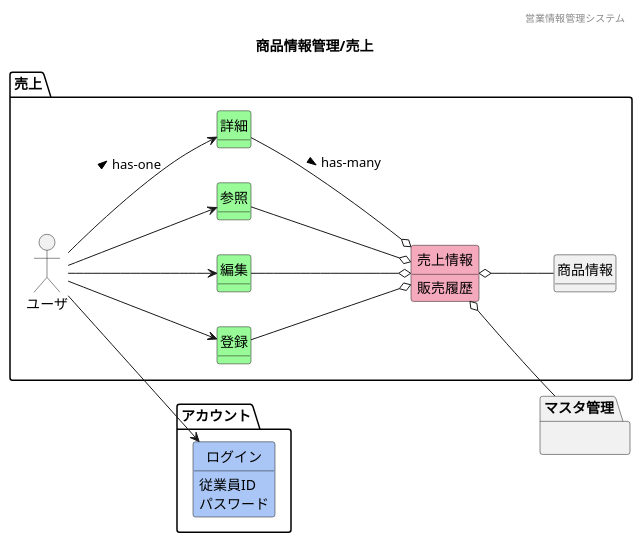
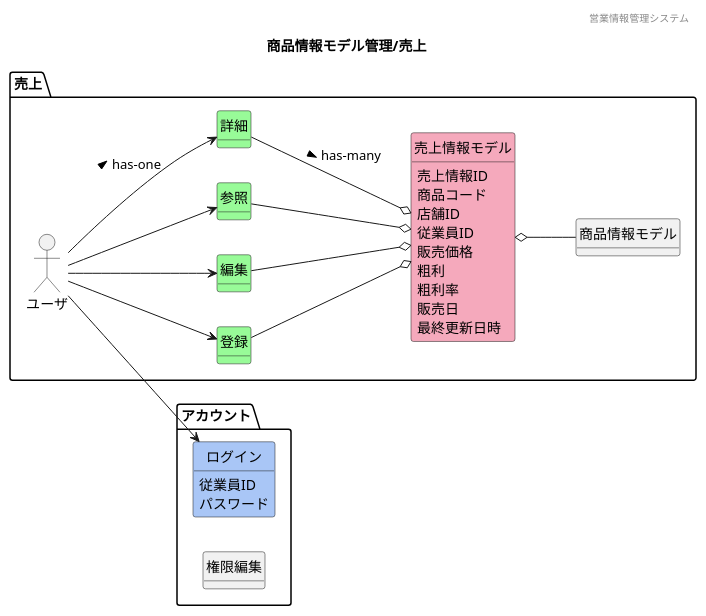
The diagram in 各種設計書/1ドメインモデル図/商品情報管理/F11売上.plantuml (HaruShim/Sotuken), drawn with PlantUML before and after one commit. The commit also changed 16 other files, not shown here.

```diff
--- a/各種設計書/1ドメインモデル図/商品情報管理/F11売上.plantuml
+++ b/各種設計書/1ドメインモデル図/商品情報管理/F11売上.plantuml
@@ -1,59 +1,68 @@
-@startuml images/商品情報管理/売上
+@startuml images/商品情報モデル管理/売上
 ' ヘッダー
 header 営業情報管理システム
 ' タイトル
-title 商品情報管理/売上
+title 商品情報モデル管理/売上
 ' 
 hide circle
 ' 
 hide method
 left to right direction
 
 package "アカウント"{
     class "ログイン" #A9C6F6
+    class "権限編集"
 }
 
 package "売上" {
     'ユーザや外部システム
     mix_actor "ユーザ"
     class "登録" #98fb98
     class "編集" #98fb98
     class "参照" #98fb98
     class "詳細" #98fb98
-    class "売上情報" #F5A9BC
-    class "商品情報"
+    class "売上情報モデル" #F5A9BC
+    class "商品情報モデル"
 }
-    package "マスタ管理"{
-    }
+    ' package "マスタ管理"{
+    ' }
     ' class "" #F5A9BC
     ' class "" #ffd700
 
     'モデル同士の関係
     ユーザ --> 参照
     ユーザ --> 登録
     ユーザ --> 編集
     ユーザ --> 詳細 : > has-one
     ユーザ --> ログイン
-    参照 --o 売上情報
-    登録 --o 売上情報
-    編集 --o 売上情報
-    詳細 --o 売上情報 : > has-many
-    売上情報 o-- 商品情報
-    売上情報 o-- マスタ管理
+    参照 --o 売上情報モデル
+    登録 --o 売上情報モデル
+    編集 --o 売上情報モデル
+    詳細 --o 売上情報モデル : > has-many
+    売上情報モデル o-- 商品情報モデル
+    ' 売上情報モデル o-- マスタ管理
 
     'ドメインクラスの属性
-    ' 商品情報 : 型番
-    ' 商品情報 : 商品コード
-    ' 商品情報 : JANコード
-    ' 商品情報 : 商品画像
-    ' 商品情報 : 在庫場所
-    ' 商品情報 : カテゴリ
-    ' 商品情報 : 仕入価格
-    売上情報 : 販売履歴
+    ' 商品情報モデル : 型番
+    ' 商品情報モデル : 商品コード
+    ' 商品情報モデル : JANコード
+    ' 商品情報モデル : 商品画像
+    ' 商品情報モデル : 在庫場所
+    ' 商品情報モデル : カテゴリ
+    ' 商品情報モデル : 仕入価格
+    売上情報モデル : 売上情報ID
+    売上情報モデル : 商品コード
+    売上情報モデル : 店舗ID
+    売上情報モデル : 従業員ID
+    売上情報モデル : 販売価格
+    売上情報モデル : 粗利
+    売上情報モデル : 粗利率
+    売上情報モデル : 販売日
+    売上情報モデル : 最終更新日時
     ログイン : 従業員ID
     ログイン : パスワード
 
 
 
 
 @enduml
```
